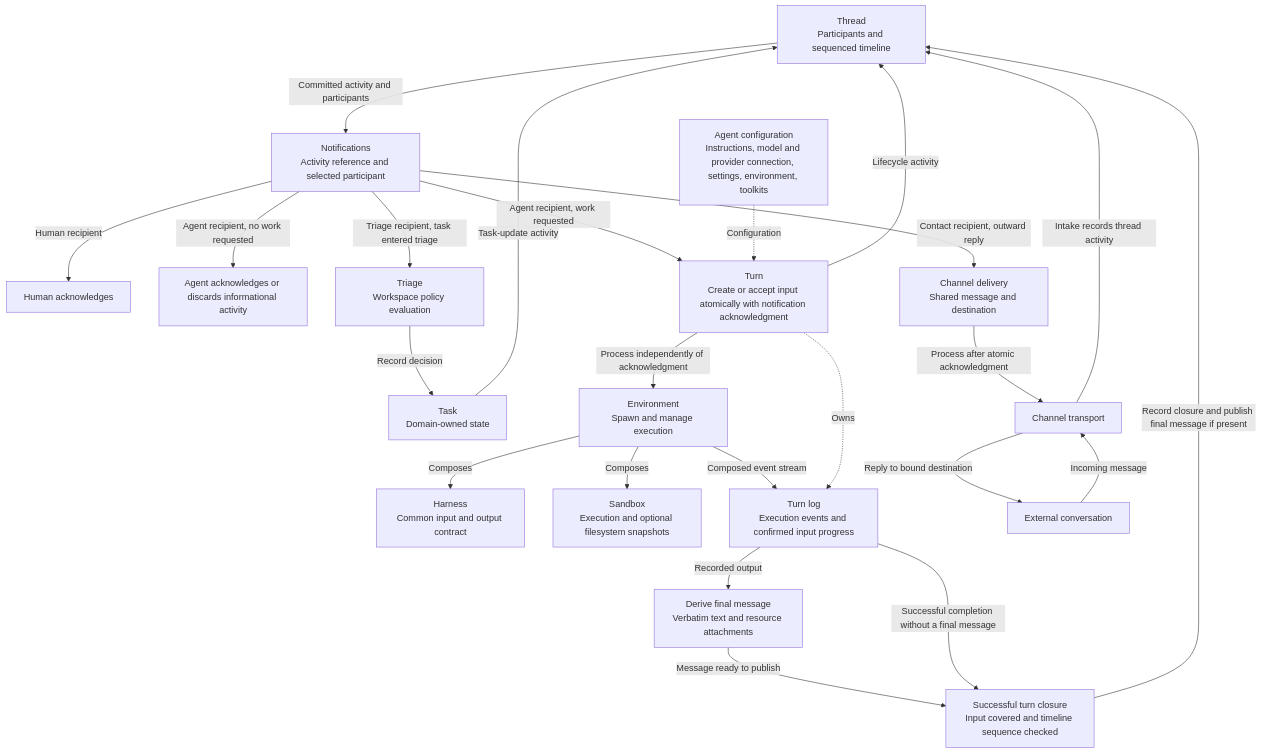
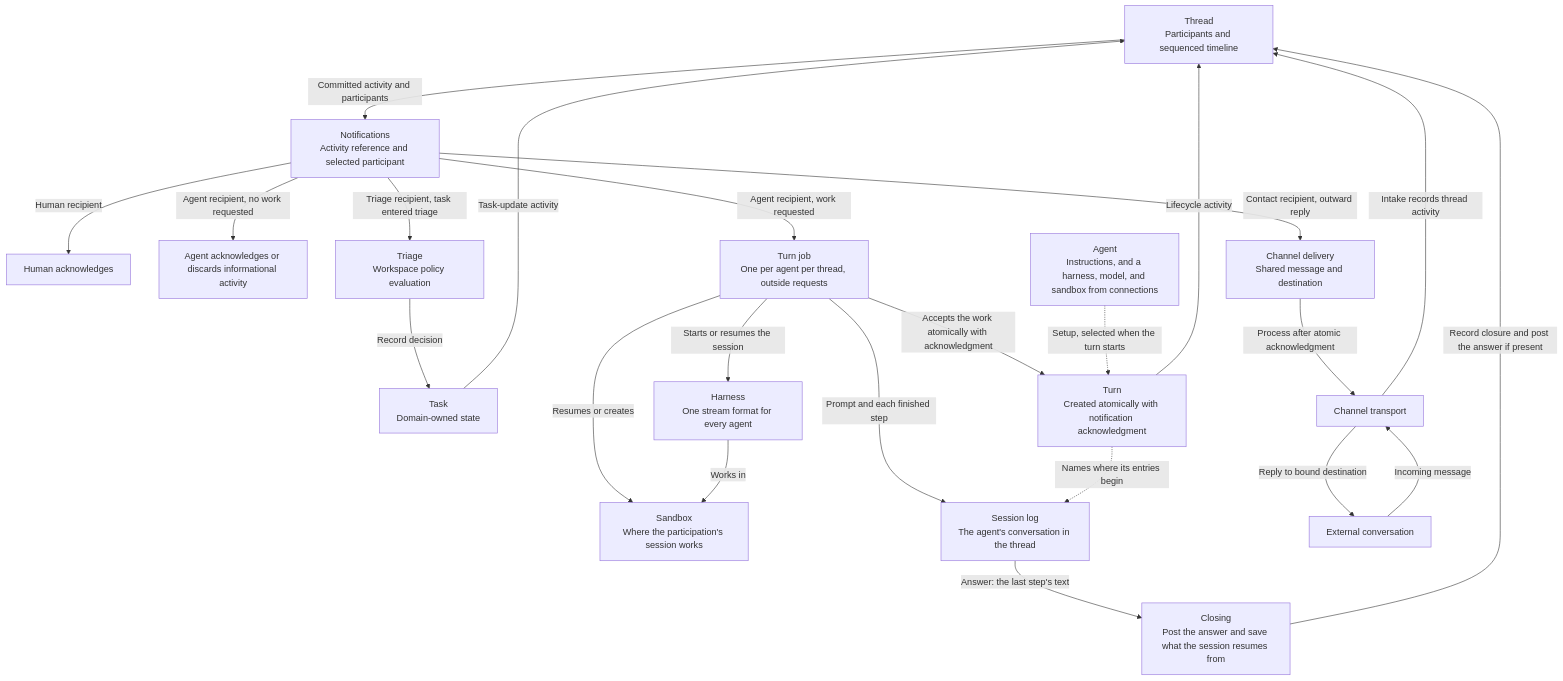
Before and after one commit to amends-dev/amends: the first of 7 diagrams in docs/core-model.md, drawn with Mermaid. The commit also changed other lines of this file, not shown here.

First line of the commit message:
Revise the core model for turns on the harness and sandboxes

````diff
--- a/docs/core-model.md
+++ b/docs/core-model.md
@@ -63,44 +64,42 @@
 ```mermaid
 flowchart TB
   TH["Thread<br/>Participants and sequenced timeline"]
   N["Notifications<br/>Activity reference and selected participant"]
   HUMAN["Human acknowledges"]
   IGNORE["Agent acknowledges or discards informational activity"]
   TRIAGE["Triage<br/>Workspace policy evaluation"]
   TASK["Task<br/>Domain-owned state"]
-  A["Agent configuration<br/>Instructions, model and provider connection, settings, environment, toolkits"]
-  T["Turn<br/>Create or accept input atomically with notification acknowledgment"]
-  E["Environment<br/>Spawn and manage execution"]
-  H["Harness<br/>Common input and output contract"]
-  S["Sandbox<br/>Execution and optional filesystem snapshots"]
-  L["Turn log<br/>Execution events and confirmed input progress"]
-  D["Derive final message<br/>Verbatim text and resource attachments"]
-  P["Successful turn closure<br/>Input covered and timeline sequence checked"]
+  A["Agent<br/>Instructions, and a harness, model, and sandbox from connections"]
+  T["Turn<br/>Created atomically with notification acknowledgment"]
+  J["Turn job<br/>One per agent per thread, outside requests"]
+  H["Harness<br/>One stream format for every agent"]
+  S["Sandbox<br/>Where the participation's session works"]
+  L["Session log<br/>The agent's conversation in the thread"]
+  P["Closing<br/>Post the answer and save what the session resumes from"]
   DELIVERY["Channel delivery<br/>Shared message and destination"]
   CHANNEL["Channel transport"]
   EXTERNAL["External conversation"]
 
   TH -->|Committed activity and participants| N
   N -->|Human recipient| HUMAN
   N -->|Agent recipient, no work requested| IGNORE
-  N -->|Agent recipient, work requested| T
+  N -->|Agent recipient, work requested| J
+  J -->|Accepts the work atomically with acknowledgment| T
   N -->|Triage recipient, task entered triage| TRIAGE
   N -->|Contact recipient, outward reply| DELIVERY
   DELIVERY -->|Process after atomic acknowledgment| CHANNEL
   CHANNEL -->|Reply to bound destination| EXTERNAL
   EXTERNAL -->|Incoming message| CHANNEL
   CHANNEL -->|Intake records thread activity| TH
   TRIAGE -->|Record decision| TASK
   TASK -->|Task-update activity| TH
-  A -.->|Configuration| T
-  T -->|Process independently of acknowledgment| E
-  E -->|Composes| H
-  E -->|Composes| S
-  E -->|Composed event stream| L
-  T -.->|Owns| L
+  A -.->|Setup, selected when the turn starts| T
+  J -->|Starts or resumes the session| H
+  J -->|Resumes or creates| S
+  H -->|Works in| S
+  J -->|Prompt and each finished step| L
+  T -.->|Names where its entries begin| L
   T -->|Lifecycle activity| TH
-  L -->|Recorded output| D
-  D -->|Message ready to publish| P
-  L -->|Successful completion without a final message| P
-  P -->|Record closure and publish final message if present| TH
+  L -->|Answer: the last step's text| P
+  P -->|Record closure and post the answer if present| TH
 ```
````
